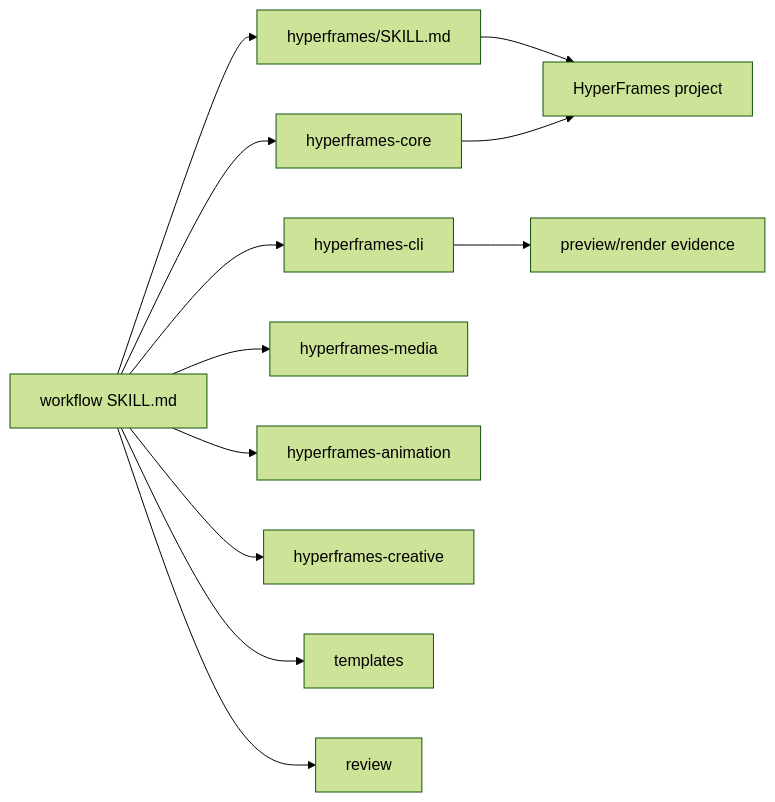
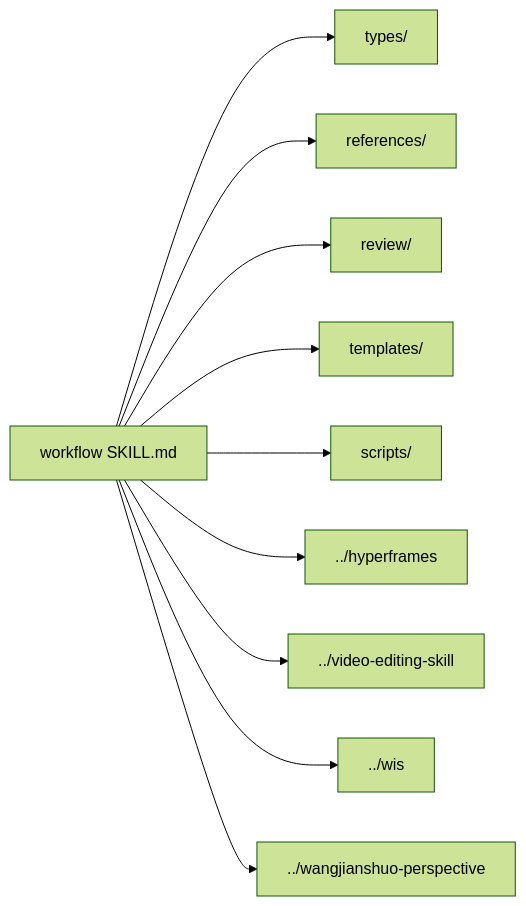
One commit to ZEN-VOID/AI-CUT changed the second of 2 diagrams in .agents/skills/workflow/SKILL.md. Above: the diagram before and after it, drawn with Mermaid (forest theme). The commit also changed other lines of this file and 235 other files, not shown here.

````diff
--- a/.agents/skills/workflow/SKILL.md
+++ b/.agents/skills/workflow/SKILL.md
@@ -571,14 +561,12 @@
 ```mermaid
 flowchart LR
-    workflow["workflow SKILL.md"] --> HF["hyperframes/SKILL.md"]
-    workflow --> CORE["hyperframes-core"]
-    workflow --> CLI["hyperframes-cli"]
-    workflow --> MEDIA["hyperframes-media"]
-    workflow --> ANIM["hyperframes-animation"]
-    workflow --> CREATIVE["hyperframes-creative"]
-    workflow --> TMPL["templates"]
-    workflow --> REV["review"]
-    HF --> PROJECT["HyperFrames project"]
-    CORE --> PROJECT
-    CLI --> VALIDATION["preview/render evidence"]
+    W["workflow SKILL.md"] --> T["types/"]
+    W --> R["references/"]
+    W --> V["review/"]
+    W --> O["templates/"]
+    W --> S["scripts/"]
+    W --> H["../hyperframes"]
+    W --> E["../video-editing-skill"]
+    W --> Wis["../wis"]
+    W --> P["../wangjianshuo-perspective"]
 ```
````
